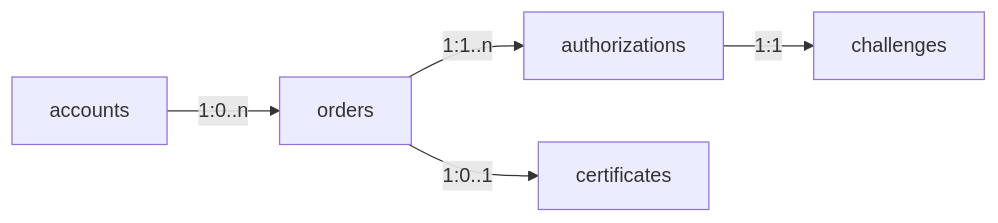
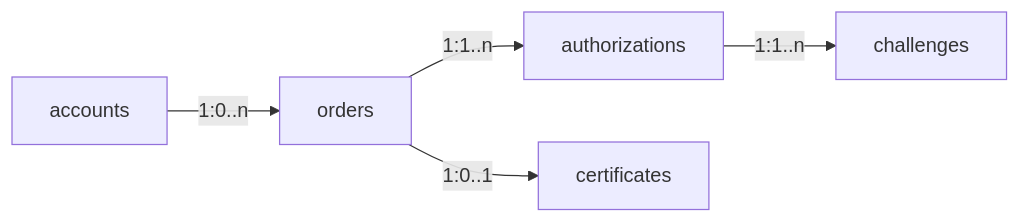
Before and after one commit to diepeterpan/acme-ca-server: the diagram in README.md, drawn with Mermaid. The commit also changed other lines of this file, not shown here.

````diff
--- a/README.md
+++ b/README.md
@@ -260,7 +277,7 @@
 ```mermaid
 flowchart LR
     accounts -->|1:0..n| orders
     orders -->|1:1..n| authorizations
-    authorizations -->|1:1| challenges
+    authorizations -->|1:1..n| challenges
     orders -->|1:0..1| certificates
 ```
````
